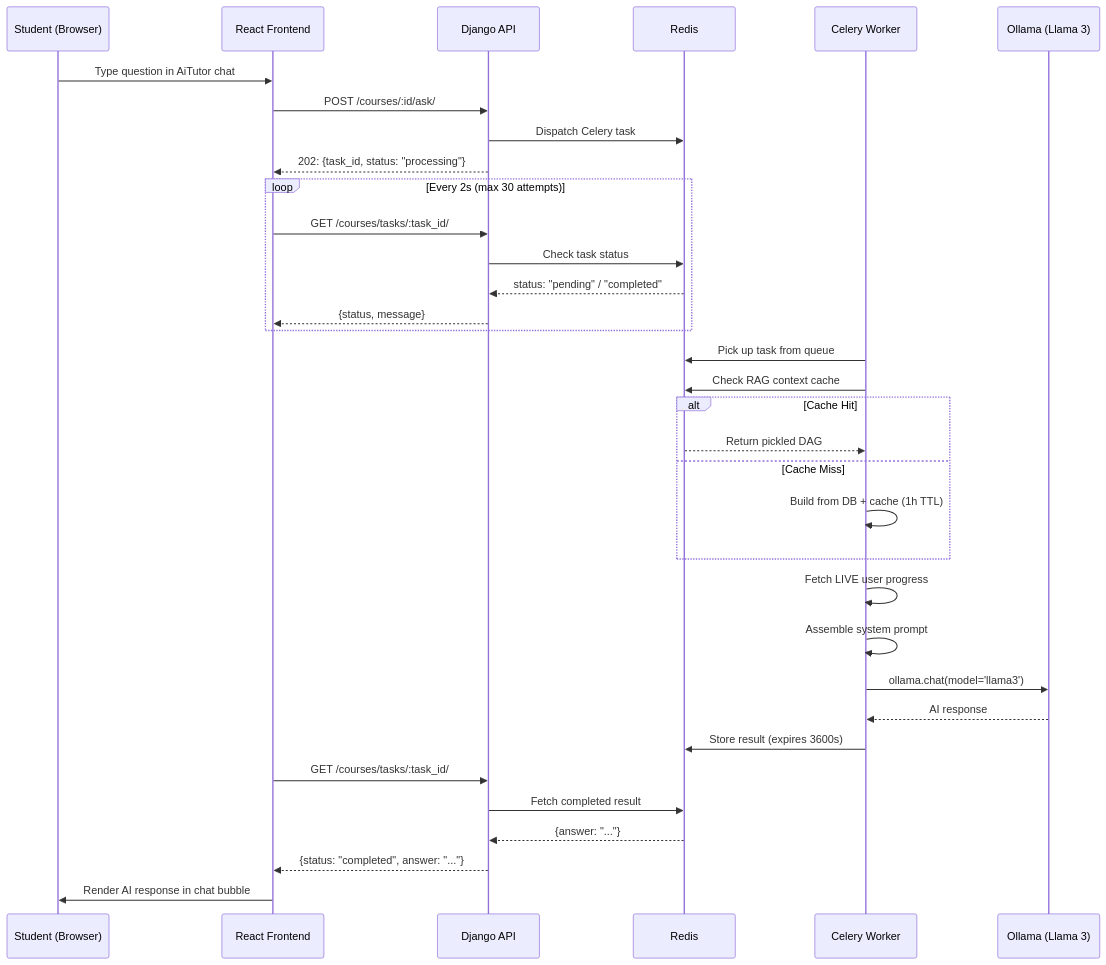
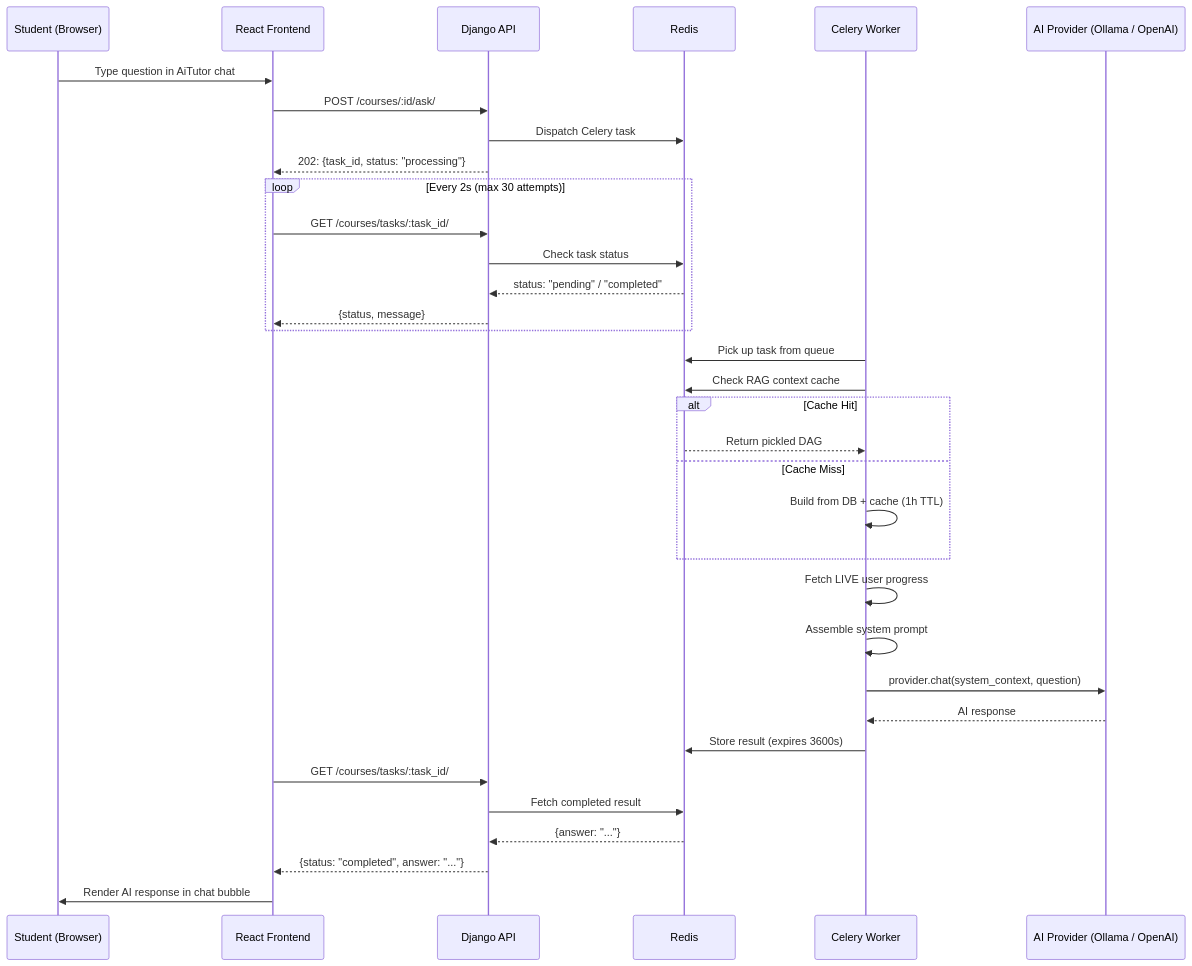
One commit to Ksalgotra1/Cognito-LMS changed the eighth of 11 diagrams in README.md. Above: the diagram before and after it, drawn with Mermaid. The commit also changed other lines of this file and 1 other file, not shown here.

Commit message:
docs: update READMEs for modular AI provider architecture (Ollama + OpenAI)

````diff
--- a/README.md
+++ b/README.md
@@ -335,40 +335,40 @@
 ```mermaid
 sequenceDiagram
     participant U as Student (Browser)
     participant F as React Frontend
     participant D as Django API
     participant R as Redis
     participant C as Celery Worker
-    participant O as Ollama (Llama 3)
+    participant O as AI Provider (Ollama / OpenAI)
 
     U->>F: Type question in AiTutor chat
     F->>D: POST /courses/:id/ask/
     D->>R: Dispatch Celery task
     D-->>F: 202: {task_id, status: "processing"}
 
     loop Every 2s (max 30 attempts)
         F->>D: GET /courses/tasks/:task_id/
         D->>R: Check task status
         R-->>D: status: "pending" / "completed"
         D-->>F: {status, message}
     end
 
     C->>R: Pick up task from queue
     C->>R: Check RAG context cache
     alt Cache Hit
         R-->>C: Return pickled DAG
     else Cache Miss
         C->>C: Build from DB + cache (1h TTL)
     end
     C->>C: Fetch LIVE user progress
     C->>C: Assemble system prompt
-    C->>O: ollama.chat(model='llama3')
+    C->>O: provider.chat(system_context, question)
     O-->>C: AI response
     C->>R: Store result (expires 3600s)
 
     F->>D: GET /courses/tasks/:task_id/
     D->>R: Fetch completed result
     R-->>D: {answer: "..."}
     D-->>F: {status: "completed", answer: "..."}
     F->>U: Render AI response in chat bubble
 ```
````
